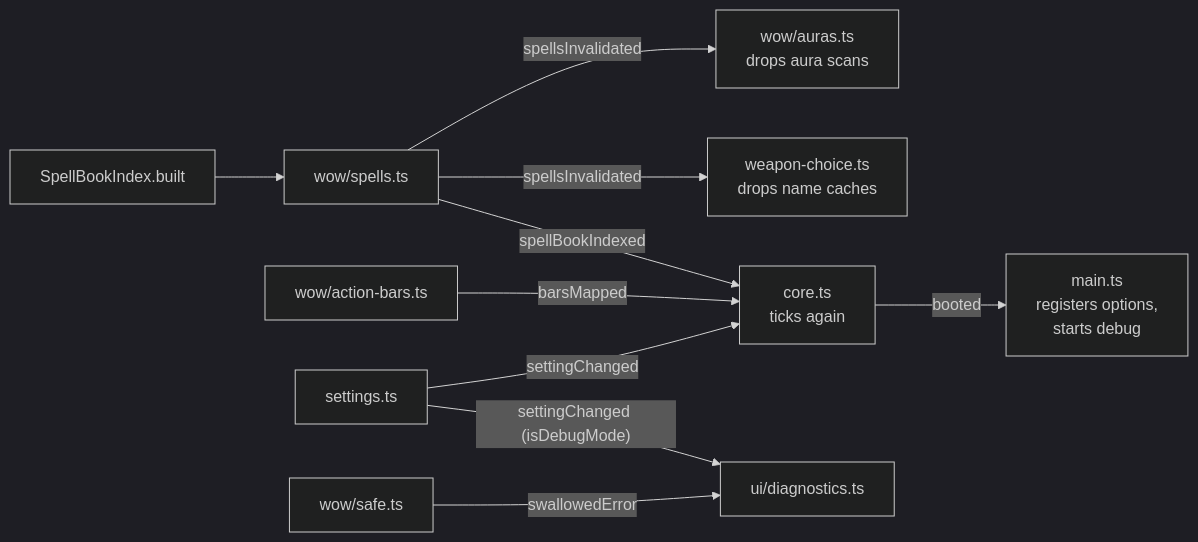
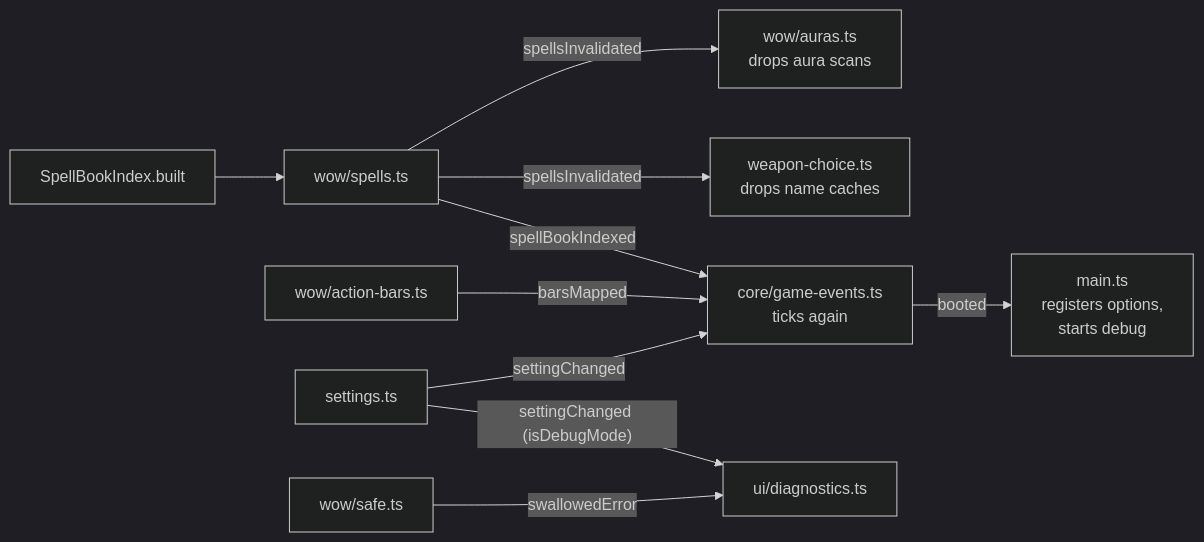
Before and after one commit to vattiss/wowkit: the third of 4 diagrams in docs/architecture.md, drawn with Mermaid (dark theme). The commit also changed other lines of this file and 12 other files, not shown here.

````diff
--- a/docs/architecture.md
+++ b/docs/architecture.md
@@ -108,12 +118,12 @@
 ```mermaid
 flowchart LR
     spellbook["SpellBookIndex.built"] --> spells["wow/spells.ts"]
     spells -- "spellsInvalidated" --> auras["wow/auras.ts<br/>drops aura scans"]
     spells -- "spellsInvalidated" --> weaponChoice["weapon-choice.ts<br/>drops name caches"]
-    spells -- "spellBookIndexed" --> core["core.ts<br/>ticks again"]
-    actionBars["wow/action-bars.ts"] -- "barsMapped" --> core
-    settings["settings.ts"] -- "settingChanged" --> core
+    spells -- "spellBookIndexed" --> events["core/game-events.ts<br/>ticks again"]
+    actionBars["wow/action-bars.ts"] -- "barsMapped" --> events
+    settings["settings.ts"] -- "settingChanged" --> events
     settings -- "settingChanged (isDebugMode)" --> diagnostics["ui/diagnostics.ts"]
     safe["wow/safe.ts"] -- "swallowedError" --> diagnostics
-    core -- "booted" --> main["main.ts<br/>registers options,<br/>starts debug"]
+    events -- "booted" --> main["main.ts<br/>registers options,<br/>starts debug"]
 ```
````
